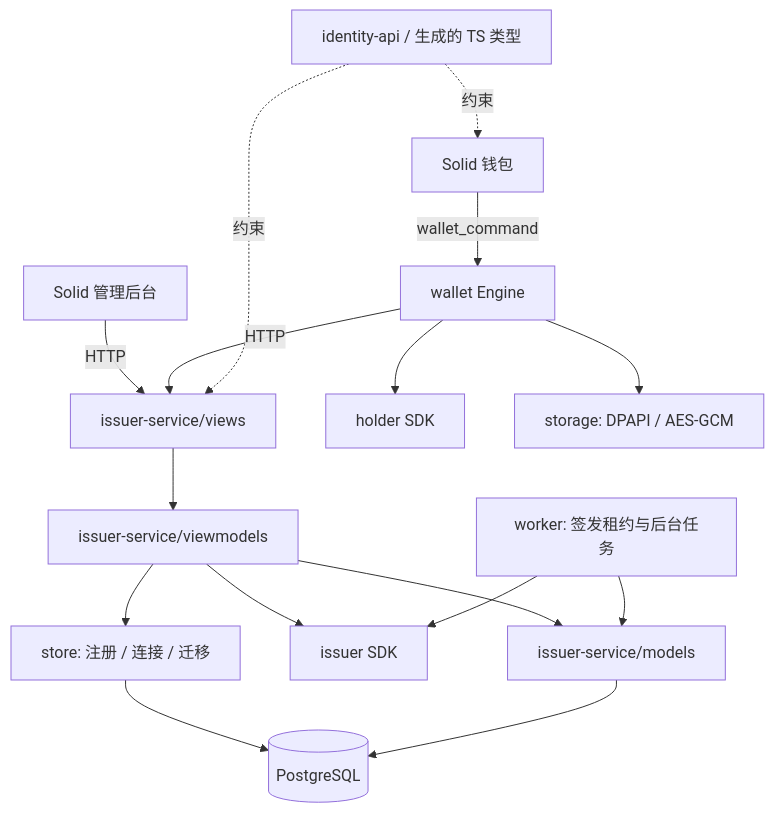
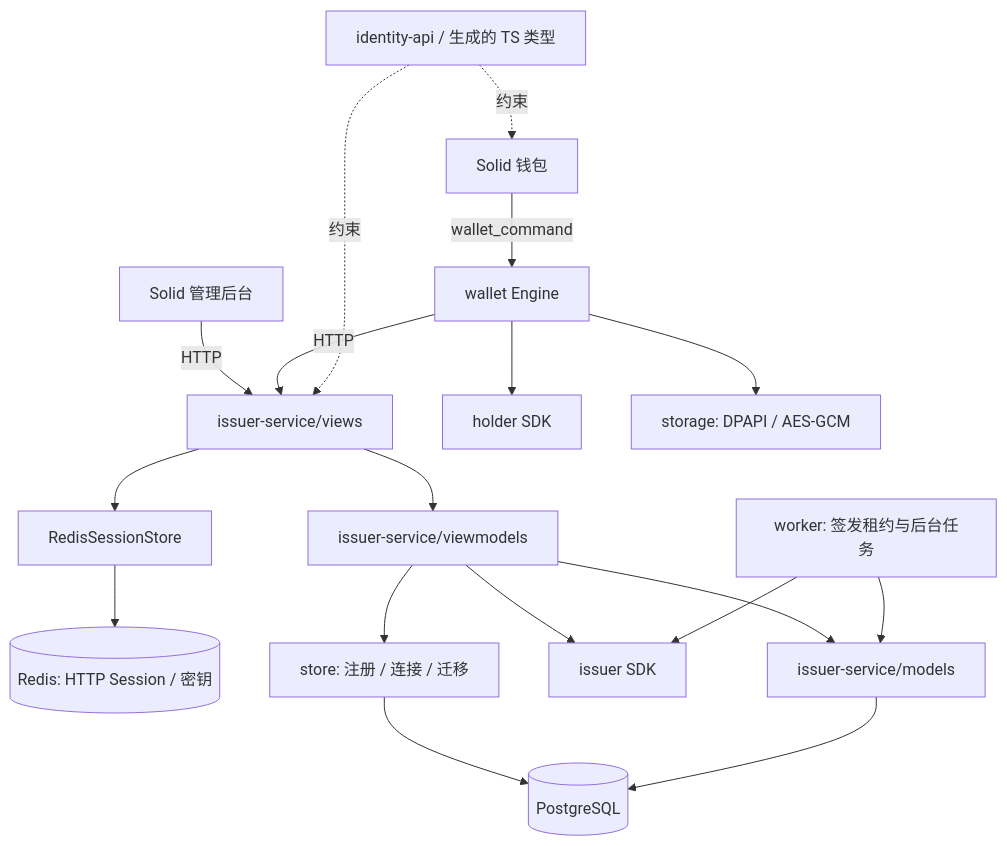
Before and after one commit to OhMyStas507/crypto-sso: the diagram in docs/identity-center-wallet-project-structure.md, drawn with Mermaid. The commit also changed other lines of this file and 20 other files, not shown here.

````diff
--- a/docs/identity-center-wallet-project-structure.md
+++ b/docs/identity-center-wallet-project-structure.md
@@ -22,18 +22,20 @@
 ```mermaid
 flowchart TD
     AdminUI[Solid 管理后台] -->|HTTP| Views[issuer-service/views]
     Views --> VM[issuer-service/viewmodels]
+    Views --> Sessions[RedisSessionStore]
+    Sessions --> Redis[(Redis: HTTP Session / 密钥)]
     VM --> Models[issuer-service/models]
     VM --> SDK[issuer SDK]
     VM --> Store[store: 注册 / 连接 / 迁移]
     Worker[worker: 签发租约与后台任务] --> Models
     Worker --> SDK
     Store --> PG[(PostgreSQL)]
     Models --> PG
     WalletUI[Solid 钱包] -->|wallet_command| Engine[wallet Engine]
     Engine --> Holder[holder SDK]
     Engine --> Vault[storage: DPAPI / AES-GCM]
     Engine -->|HTTP| Views
     Contracts[identity-api / 生成的 TS 类型] -.约束.-> Views
     Contracts -.约束.-> WalletUI
 ```
````
